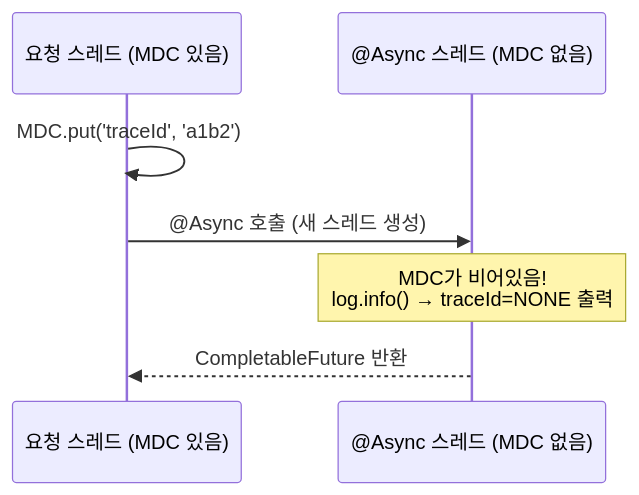
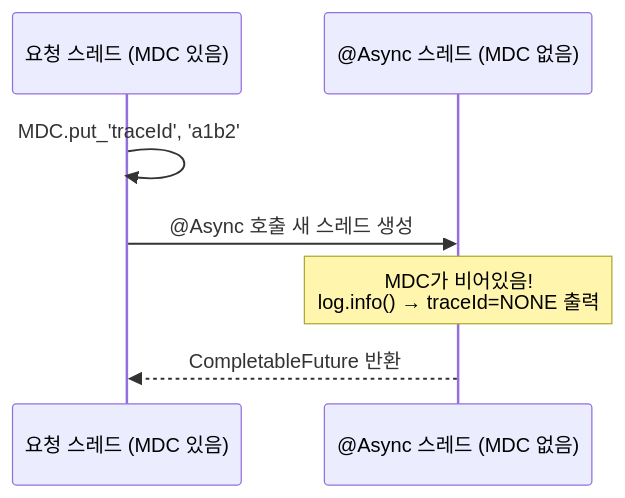
Before and after one commit to yjkim2015/yjkim2015.github.io: the second of 3 diagrams in _posts/spring/2026-05-01-spring-mdc.md, drawn with Mermaid. The commit also changed 85 other files, not shown here.

First line of the commit message:
sequenceDiagram 문법 에러 2차 수정 169개 (86파일)

````diff
--- a/_posts/spring/2026-05-01-spring-mdc.md
+++ b/_posts/spring/2026-05-01-spring-mdc.md
@@ -225,9 +225,9 @@
 ```mermaid
 sequenceDiagram
     participant T1 as 요청 스레드 (MDC 있음)
     participant T2 as @Async 스레드 (MDC 없음)
-    T1->>T1: MDC.put('traceId', 'a1b2')
-    T1->>T2: @Async 호출 (새 스레드 생성)
+    T1->>T1: MDC.put_'traceId', 'a1b2'
+    T1->>T2: @Async 호출 새 스레드 생성
     Note over T2: MDC가 비어있음!<br>log.info() → traceId=NONE 출력
     T2-->>T1: CompletableFuture 반환
 ```
````
